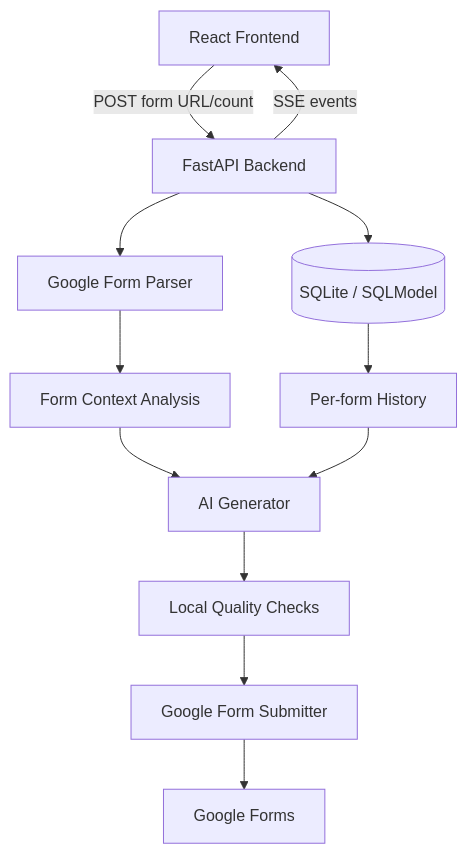
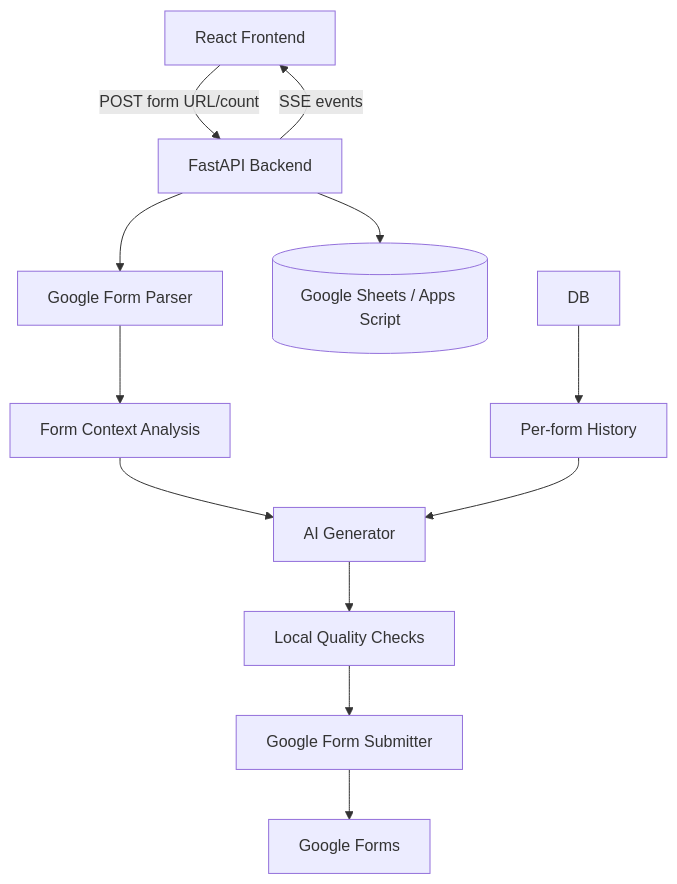
The diagram in docs/ARCHITECTURE.md (rapoii/Vareva-AutoGF), drawn with Mermaid before and after one commit. The commit also changed other lines of this file and 54 other files, not shown here.

First line of the commit message:
Use Google Sheets-only storage

````diff
--- a/docs/ARCHITECTURE.md
+++ b/docs/ARCHITECTURE.md
@@ -7,14 +7,14 @@
 ```mermaid
 flowchart TD
   UI[React Frontend] -->|POST form URL/count| API[FastAPI Backend]
   API --> Parser[Google Form Parser]
   Parser --> Analysis[Form Context Analysis]
-  API --> DB[(SQLite / SQLModel)]
+  API --> GS[(Google Sheets / Apps Script)]
   DB --> History[Per-form History]
   Analysis --> Generator[AI Generator]
   History --> Generator
   Generator --> Quality[Local Quality Checks]
   Quality --> Submitter[Google Form Submitter]
   Submitter --> Google[Google Forms]
   API -->|SSE events| UI
 ```
````
